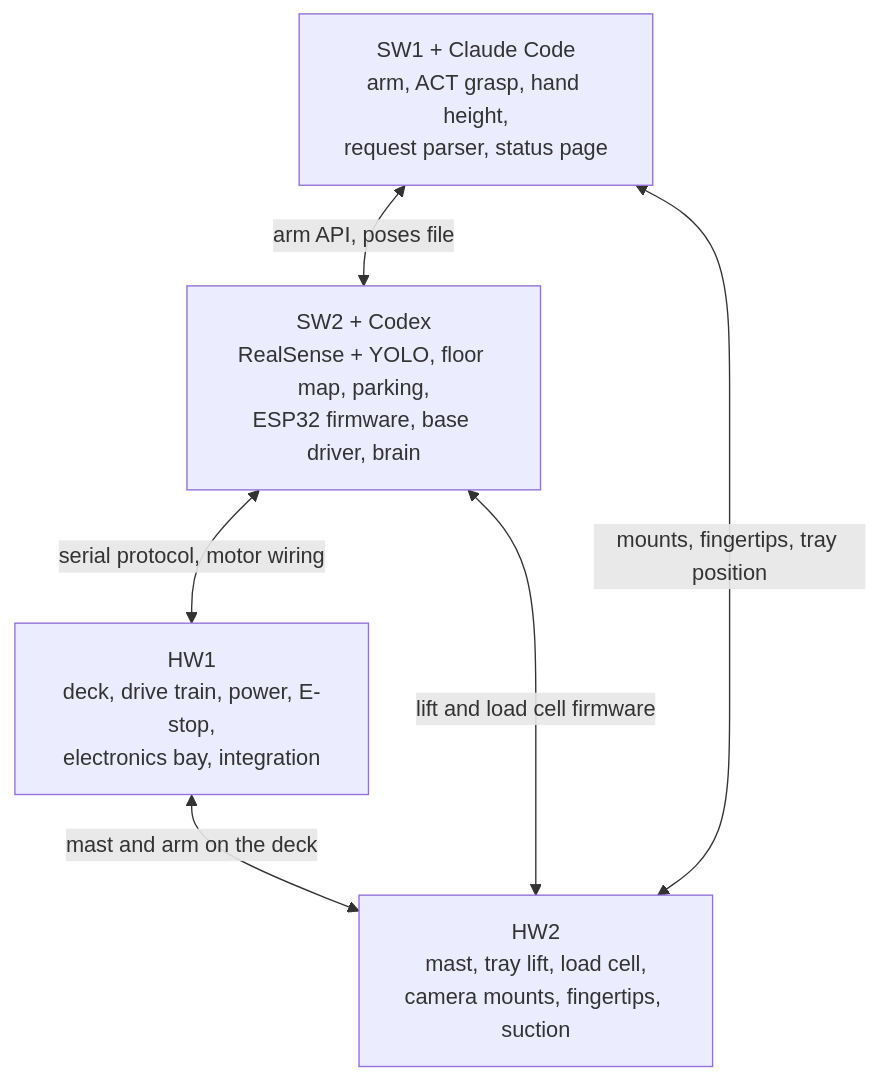
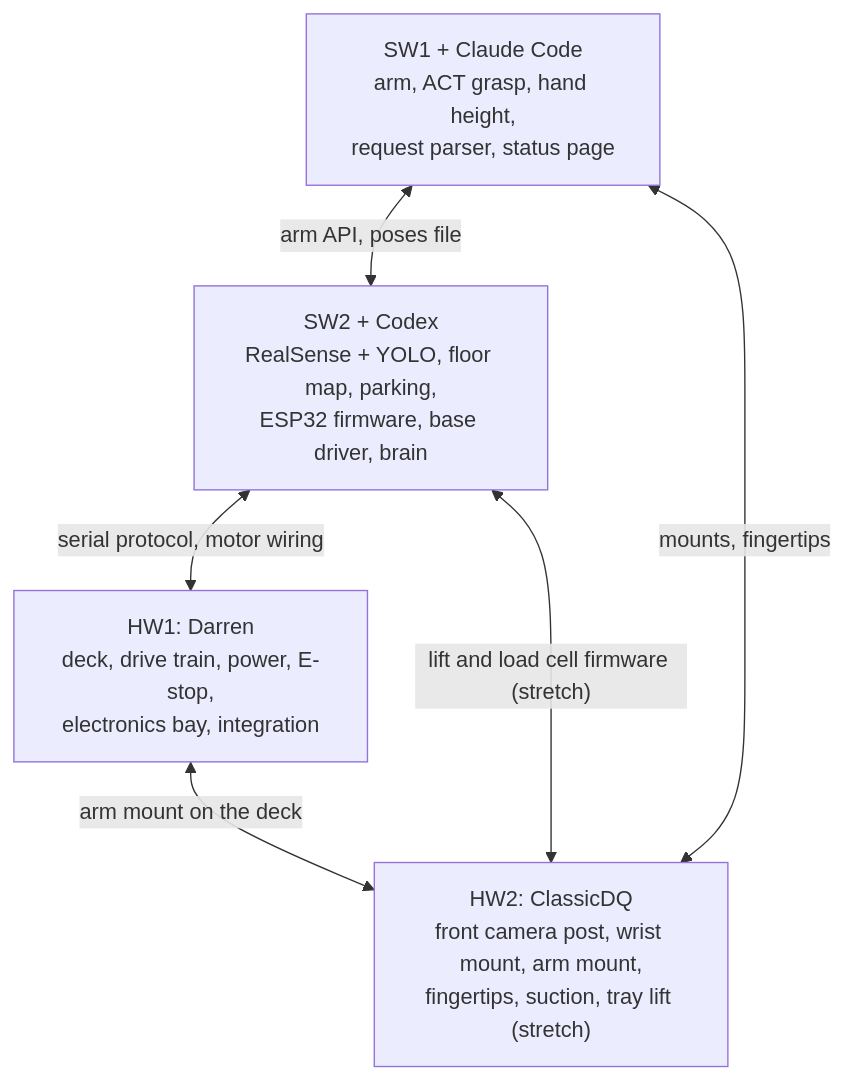
Before and after one commit to aarooshpravici/AutoPick-CalHacks: the second of 12 diagrams in plan.md, drawn with Mermaid. The commit also changed other lines of this file, not shown here.

First line of the commit message:
Plan: hour-6 re-plan, arm hands the object over, lift becomes stretch

````diff
--- a/plan.md
+++ b/plan.md
@@ -101,12 +102,12 @@
 ```mermaid
 flowchart TB
     SW1["SW1 + Claude Code<br/>arm, ACT grasp, hand height,<br/>request parser, status page"]
     SW2["SW2 + Codex<br/>RealSense + YOLO, floor map, parking,<br/>ESP32 firmware, base driver, brain"]
-    HW1["HW1<br/>deck, drive train, power, E-stop,<br/>electronics bay, integration"]
-    HW2["HW2<br/>mast, tray lift, load cell,<br/>camera mounts, fingertips, suction"]
+    HW1["HW1: Darren<br/>deck, drive train, power, E-stop,<br/>electronics bay, integration"]
+    HW2["HW2: ClassicDQ<br/>front camera post, wrist mount, arm mount,<br/>fingertips, suction, tray lift (stretch)"]
     SW1 <-->|"arm API, poses file"| SW2
     SW2 <-->|"serial protocol, motor wiring"| HW1
-    SW2 <-->|"lift and load cell firmware"| HW2
-    SW1 <-->|"mounts, fingertips, tray position"| HW2
-    HW1 <-->|"mast and arm on the deck"| HW2
+    SW2 <-->|"lift and load cell firmware (stretch)"| HW2
+    SW1 <-->|"mounts, fingertips"| HW2
+    HW1 <-->|"arm mount on the deck"| HW2
 ```
````
